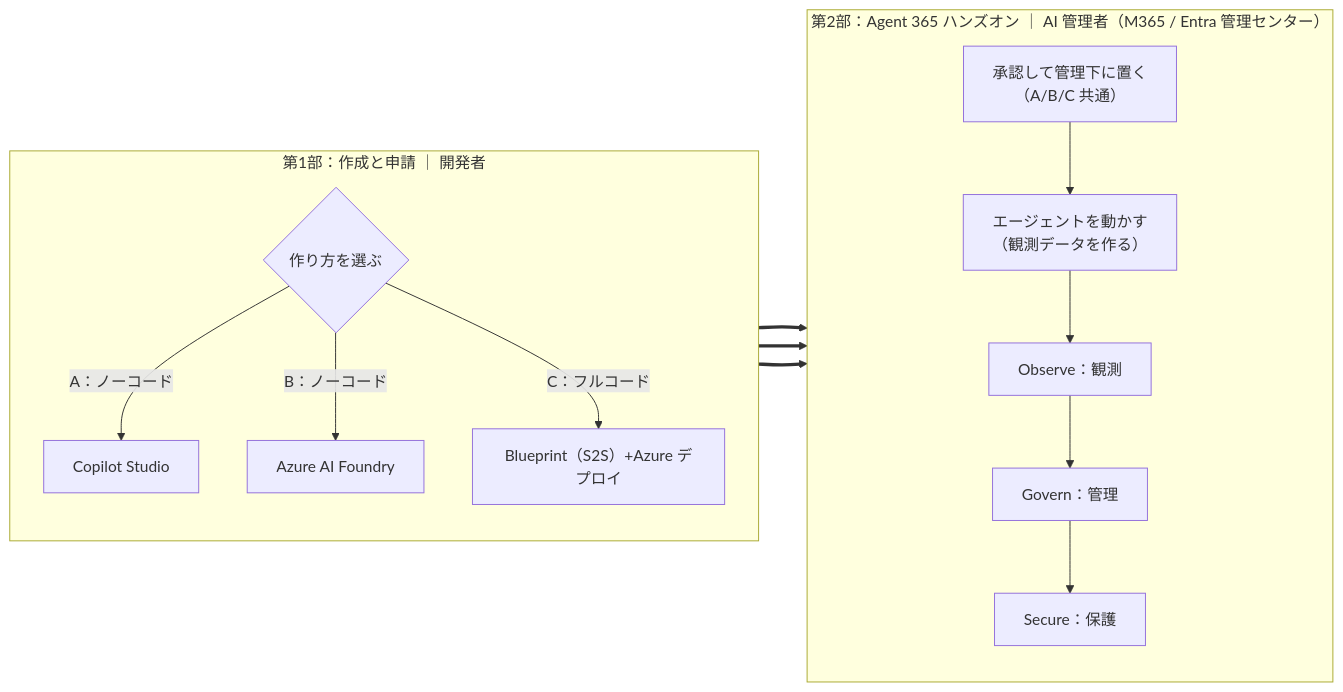
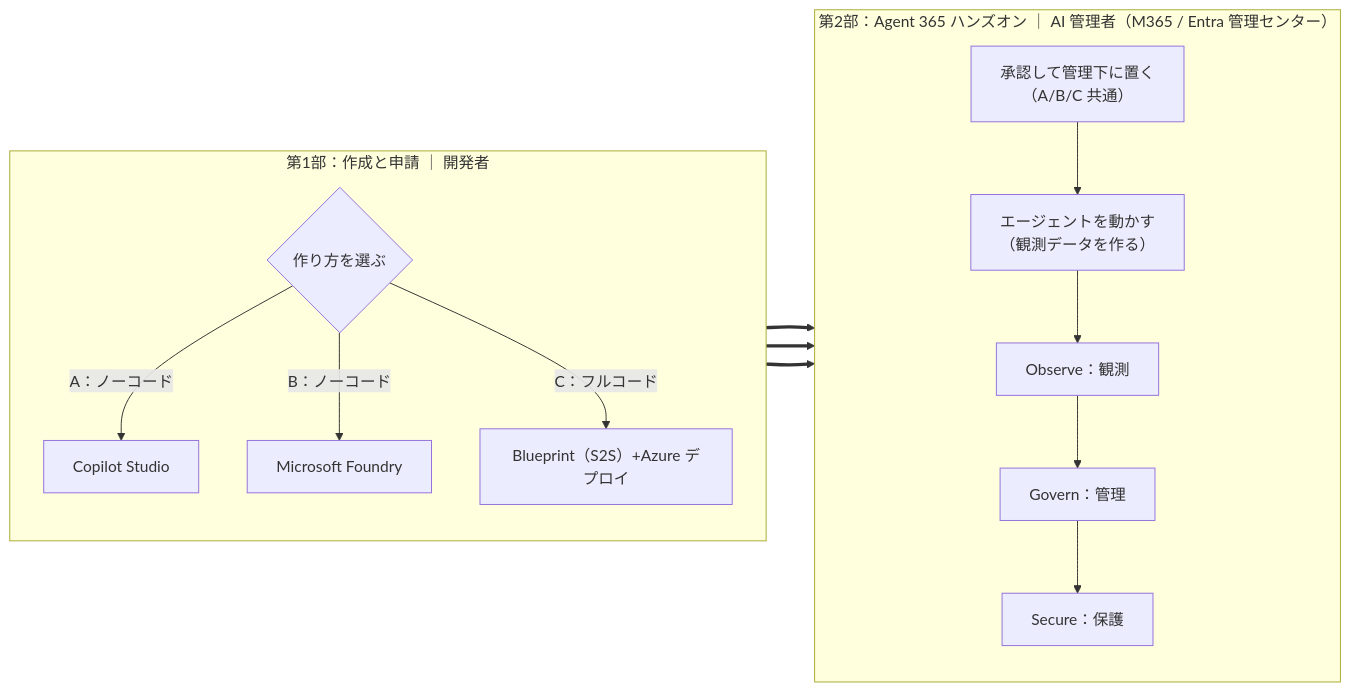
The diagram in README.MD (fatman3110/Agent365-Training), drawn with Mermaid before and after one commit. The commit also changed other lines of this file and 6 other files, not shown here.

````diff
--- a/README.MD
+++ b/README.MD
@@ -23,20 +23,20 @@
 ```mermaid
 flowchart LR
     subgraph P1["第1部：作成と申請 ｜ 開発者"]
         direction TB
         A0{"作り方を選ぶ"}
         A0 -->|"A：ノーコード"| AA["Copilot Studio "]
-        A0 -->|"B：ノーコード"| AB["Azure AI Foundry<br/>"]
+        A0 -->|"B：ノーコード"| AB["Microsoft Foundry<br/>"]
         A0 -->|"C：フルコード"| AC["Blueprint（S2S）+Azure デプロイ"]
     end
     subgraph P2["第2部：Agent 365 ハンズオン ｜ AI 管理者（M365 / Entra 管理センター）"]
         direction TB
         B1["承認して管理下に置く<br/>（A/B/C 共通）"] --> B2["エージェントを動かす<br/>（観測データを作る）"]
         B2 --> B3["Observe：観測"]
         B3 --> B4["Govern：管理"]
         B4 --> B5["Secure：保護"]
     end
     AA ==> B1
     AB ==> B1
     AC ==> B1
 ```
````
